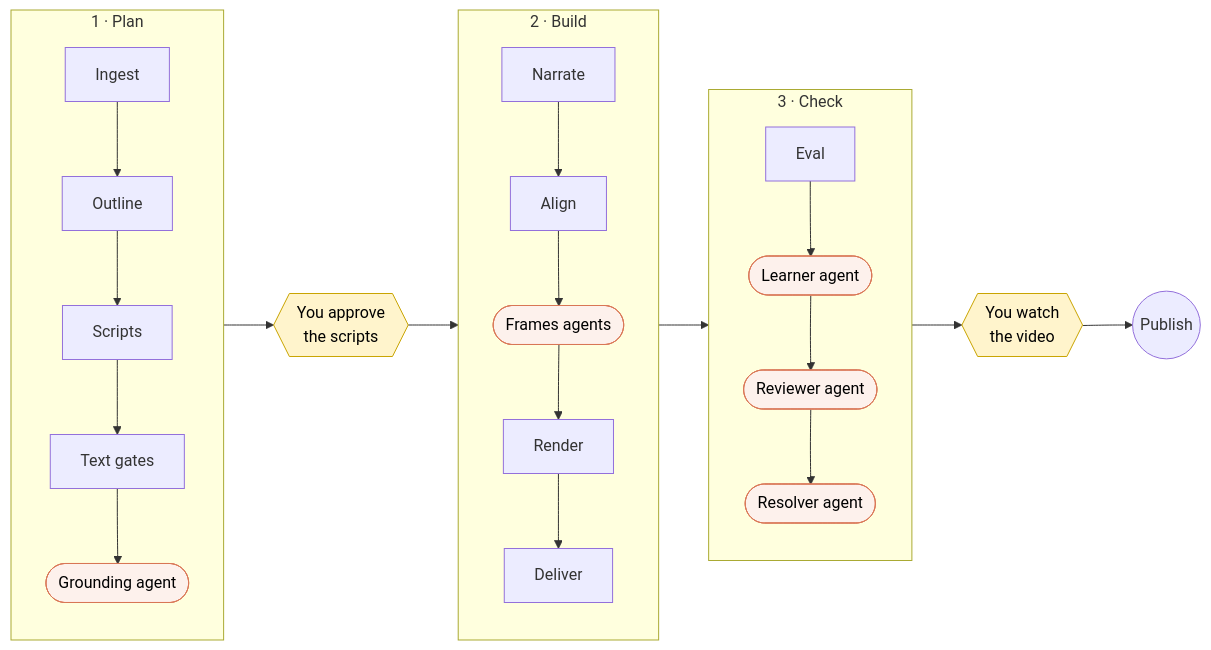
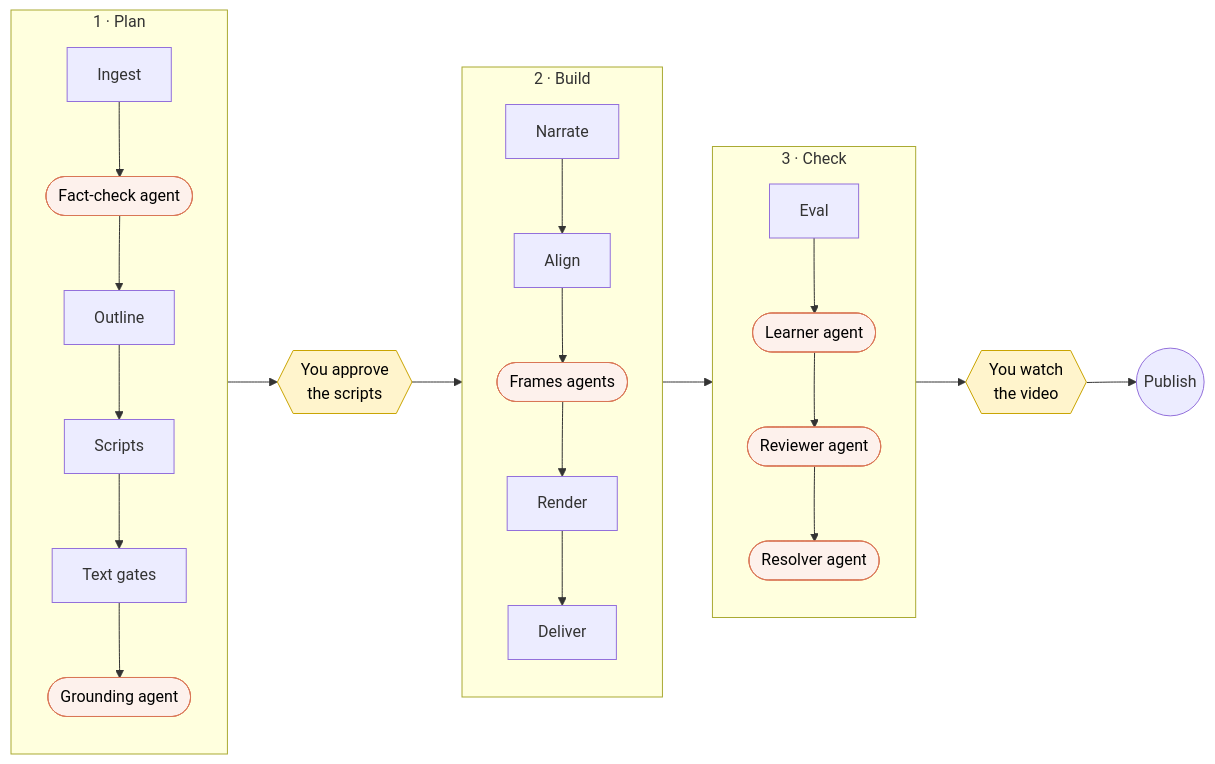
One commit to OlixIgnacious/chalk changed the diagram in README.md. Above: the diagram before and after it, drawn with Mermaid. The commit also changed other lines of this file and 38 other files, not shown here.

````diff
--- a/README.md
+++ b/README.md
@@ -57,23 +58,23 @@
 ```mermaid
 flowchart LR
     subgraph P1 ["1 · Plan"]
         direction TB
-        A1[Ingest] --> A2[Outline] --> A3[Scripts] --> A4[Text gates] --> A5([Grounding agent])
+        A1[Ingest] --> A0([Fact-check agent]) --> A2[Outline] --> A3[Scripts] --> A4[Text gates] --> A5([Grounding agent])
     end
     subgraph P2 ["2 · Build"]
         direction TB
         B1[Narrate] --> B2[Align] --> B3([Frames agents]) --> B4[Render] --> B5[Deliver]
     end
     subgraph P3 ["3 · Check"]
         direction TB
         C1[Eval] --> C2([Learner agent]) --> C3([Reviewer agent]) --> C4([Resolver agent])
     end
 
     P1 --> G1{{You approve<br/>the scripts}} --> P2
     P2 --> P3 --> G2{{You watch<br/>the video}} --> Done((Publish))
 
     classDef agent fill:#fdf1ec,stroke:#d97757,color:#000
     classDef gate fill:#fff4cc,stroke:#c9a400,color:#000
-    class A5,B3,C2,C3,C4 agent
+    class A0,A5,B3,C2,C3,C4 agent
     class G1,G2 gate
 ```
````
